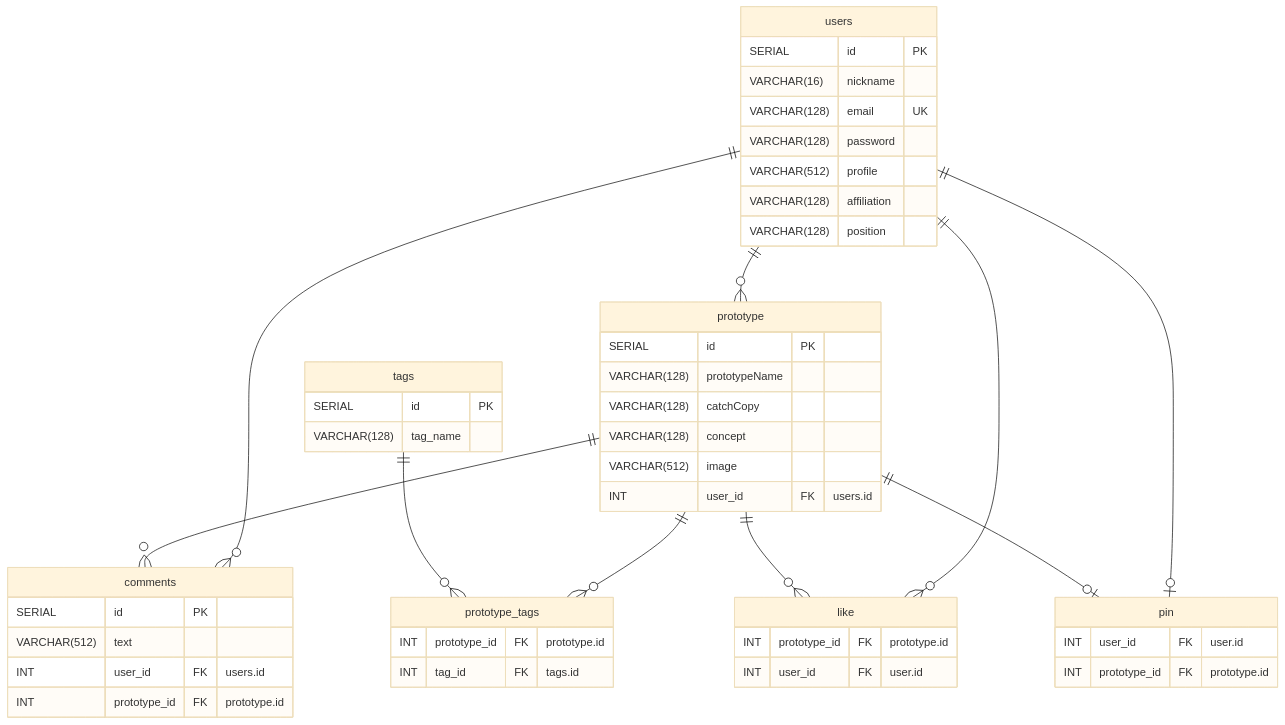
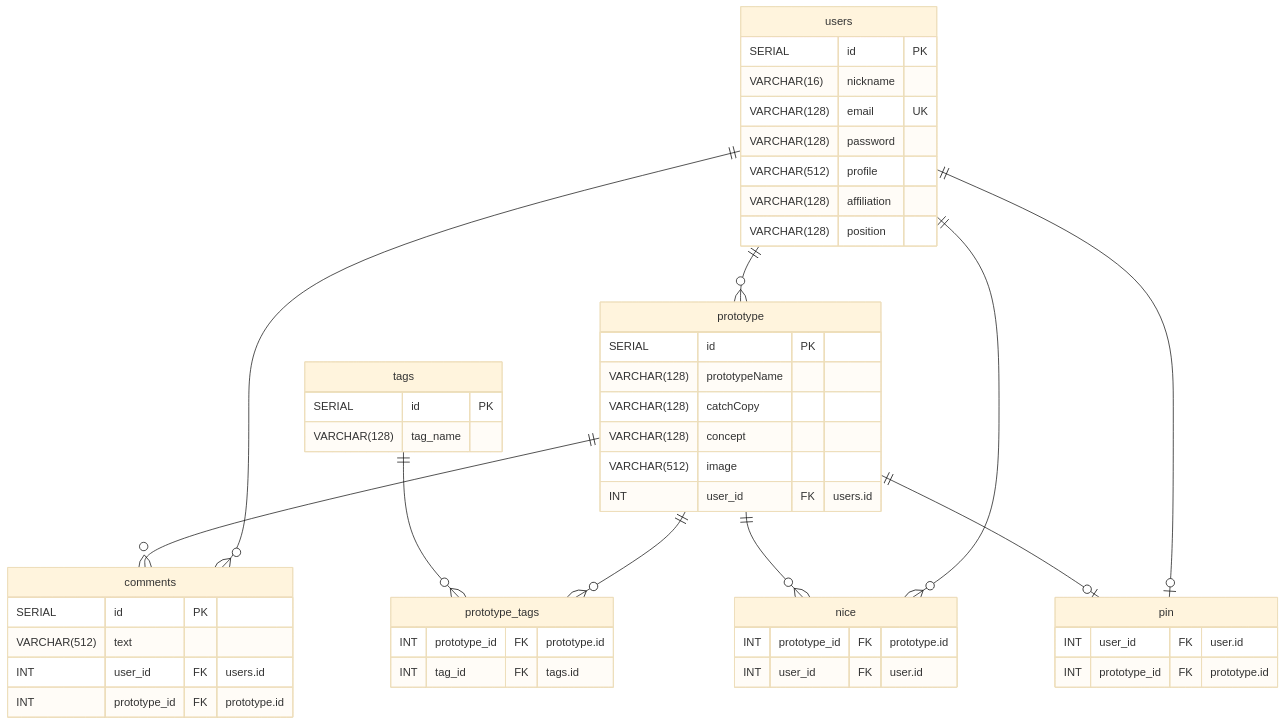
One commit to Maeda-smart/protospace-b changed the diagram in README.md. Above: the diagram before and after it, drawn with Mermaid (base theme).

Commit message:
table name back to nice from like

````diff
--- a/README.md
+++ b/README.md
@@ -16,51 +16,51 @@
 ```mermaid
 erDiagram
   users ||--o{ prototype: ""
   users ||--o{ comments: ""
   prototype ||--o{ comments: ""
   prototype ||--o{ prototype_tags: ""
   tags ||--o{ prototype_tags: ""
-  users ||--o{ like: ""
-  prototype ||--o{ like: ""
+  users ||--o{ nice: ""
+  prototype ||--o{ nice: ""
   users ||--o| pin: ""
   prototype ||--o| pin: ""
   users{
     SERIAL id PK
     VARCHAR(16) nickname
     VARCHAR(128) email UK
     VARCHAR(128) password
     VARCHAR(512) profile
     VARCHAR(128) affiliation
     VARCHAR(128) position
   }
   prototype{
     SERIAL id PK
     VARCHAR(128) prototypeName
     VARCHAR(128) catchCopy
     VARCHAR(128) concept
     VARCHAR(512) image
     INT user_id FK "users.id"
   }
   comments{
     SERIAL id PK
     VARCHAR(512) text
     INT user_id FK "users.id"
     INT prototype_id FK "prototype.id"
   }
   tags{
     SERIAL id PK
     VARCHAR(128) tag_name
   }
   prototype_tags{
     INT prototype_id FK "prototype.id"
     INT tag_id FK "tags.id"
   }
-  like{
+  nice{
     INT prototype_id FK "prototype.id"
     INT user_id FK "user.id"
   }
   pin{
     INT user_id FK "user.id"
     INT prototype_id FK "prototype.id"
   }
 ```
````
